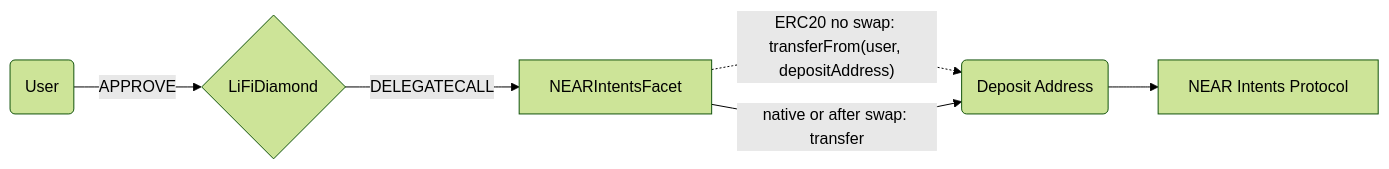
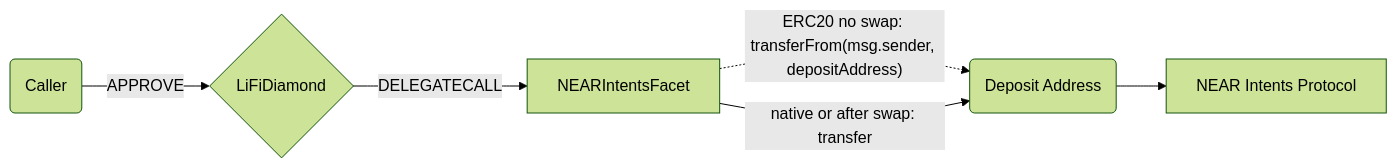
One commit to lifinance/contracts changed the diagram in docs/NEARIntentsFacet.md. Above: the diagram before and after it, drawn with Mermaid (forest theme). The commit also changed 3 other files, not shown here.

````diff
--- a/docs/NEARIntentsFacet.md
+++ b/docs/NEARIntentsFacet.md
@@ -17,8 +17,8 @@
 ```mermaid
 graph LR;
-    U(User) -- APPROVE --> D;
+    C(Caller) -- APPROVE --> D;
     D{LiFiDiamond}-- DELEGATECALL -->NEARIntentsFacet;
-    NEARIntentsFacet -. "ERC20 no swap: transferFrom(user, depositAddress)" .-> DepositAddress(Deposit Address);
+    NEARIntentsFacet -. "ERC20 no swap: transferFrom(msg.sender, depositAddress)" .-> DepositAddress(Deposit Address);
     NEARIntentsFacet -- "native or after swap: transfer" --> DepositAddress;
     DepositAddress --> NI[NEAR Intents Protocol]
 ```
````
